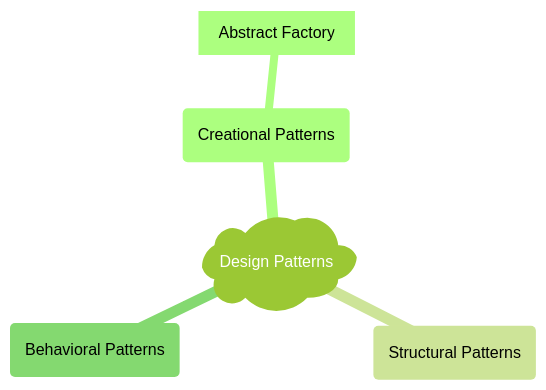
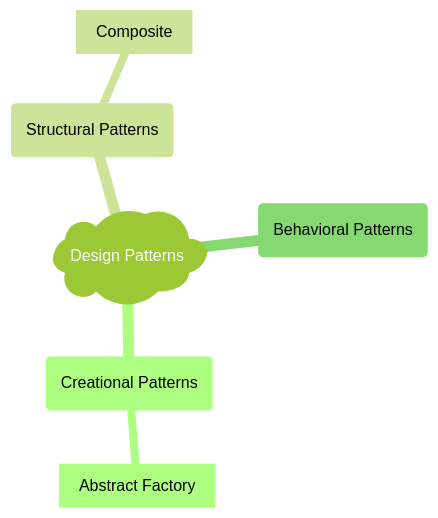
Before and after one commit to katebrune/design-patterns: the diagram in README.md, drawn with Mermaid (forest theme). The commit also changed other lines of this file and 5 other files, not shown here.

````diff
--- a/README.md
+++ b/README.md
@@ -15,9 +15,10 @@
 ```mermaid
 mindmap
 	root)Design Patterns(
 		:::urgent large
 		Creational Patterns(Creational Patterns)
 			Abstract Factory[Abstract Factory]
 		Structural Patterns(Structural Patterns)
+			Composite[Composite]
 		Behavioral Patterns(Behavioral Patterns)
 ```
````
